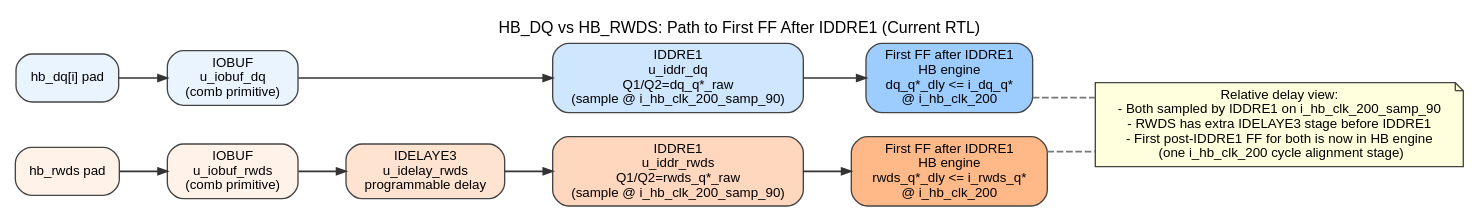
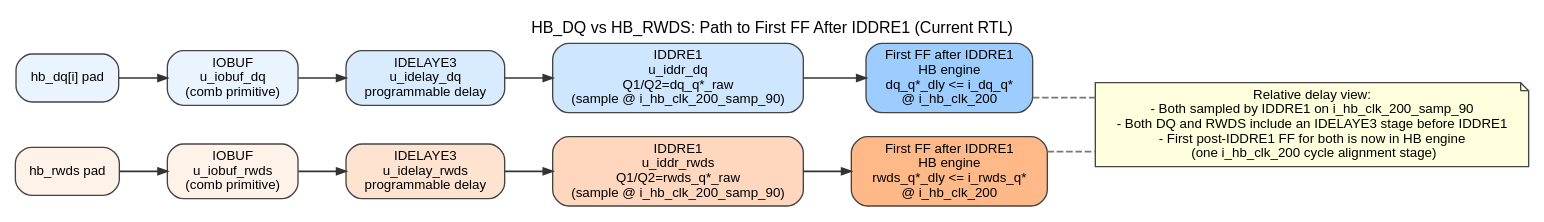
One commit to GhlHub/hyperbus_controller changed the diagram in doc/dot/hb_dq_rwds_to_first_ff_after_iddr.jpg.dot. Above: the diagram before and after it, drawn with Graphviz. The commit also changed 13 other files, not shown here.

```diff
--- a/doc/dot/hb_dq_rwds_to_first_ff_after_iddr.jpg.dot
+++ b/doc/dot/hb_dq_rwds_to_first_ff_after_iddr.jpg.dot
@@ -1,38 +1,39 @@
 // SPDX-FileCopyrightText: 2026 Glen Lowe
 // SPDX-License-Identifier: Apache-2.0
 digraph hb_post_iddr_current {
   rankdir=LR;
   splines=ortho;
   fontname="Helvetica";
   fontsize=12;
   labelloc=t;
   label="HB_DQ vs HB_RWDS: Path to First FF After IDDRE1 (Current RTL)";
 
   node [shape=box, style="rounded,filled", fontname="Helvetica", fontsize=10, color="#444444", fillcolor="#F8F8F8"];
   edge [color="#333333", arrowsize=0.7, penwidth=1.2, fontname="Helvetica", fontsize=9];
 
   // DQ path
   dq_pad    [label="hb_dq[i] pad", fillcolor="#EAF4FF"];
   dq_iobuf  [label="IOBUF\nu_iobuf_dq\n(comb primitive)", fillcolor="#EAF4FF"];
+  dq_idelay [label="IDELAYE3\nu_idelay_dq\nprogrammable delay", fillcolor="#D9ECFF"];
   dq_iddr   [label="IDDRE1\nu_iddr_dq\nQ1/Q2=dq_q*_raw\n(sample @ i_hb_clk_200_samp_90)", fillcolor="#CFE6FF"];
   dq_ff1    [label="First FF after IDDRE1\nHB engine\ndq_q*_dly <= i_dq_q*\n@ i_hb_clk_200", fillcolor="#9DCCFF"];
 
   // RWDS path
   rw_pad    [label="hb_rwds pad", fillcolor="#FFF2E8"];
   rw_iobuf  [label="IOBUF\nu_iobuf_rwds\n(comb primitive)", fillcolor="#FFF2E8"];
   rw_idelay [label="IDELAYE3\nu_idelay_rwds\nprogrammable delay", fillcolor="#FFE3D1"];
   rw_iddr   [label="IDDRE1\nu_iddr_rwds\nQ1/Q2=rwds_q*_raw\n(sample @ i_hb_clk_200_samp_90)", fillcolor="#FFD7BF"];
   rw_ff1    [label="First FF after IDDRE1\nHB engine\nrwds_q*_dly <= i_rwds_q*\n@ i_hb_clk_200", fillcolor="#FFB988"];
 
-  dq_pad -> dq_iobuf -> dq_iddr -> dq_ff1;
+  dq_pad -> dq_iobuf -> dq_idelay -> dq_iddr -> dq_ff1;
   rw_pad -> rw_iobuf -> rw_idelay -> rw_iddr -> rw_ff1;
 
   {rank=same; dq_pad; rw_pad}
   {rank=same; dq_iobuf; rw_iobuf}
   {rank=same; dq_iddr; rw_iddr}
   {rank=same; dq_ff1; rw_ff1}
 
-  note [shape=note, fillcolor="#FFFFDD", label="Relative delay view:\n- Both sampled by IDDRE1 on i_hb_clk_200_samp_90\n- RWDS has extra IDELAYE3 stage before IDDRE1\n- First post-IDDRE1 FF for both is now in HB engine\n  (one i_hb_clk_200 cycle alignment stage)"];
+  note [shape=note, fillcolor="#FFFFDD", label="Relative delay view:\n- Both sampled by IDDRE1 on i_hb_clk_200_samp_90\n- Both DQ and RWDS include an IDELAYE3 stage before IDDRE1\n- First post-IDDRE1 FF for both is now in HB engine\n  (one i_hb_clk_200 cycle alignment stage)"];
   dq_ff1 -> note [style=dashed, arrowhead=none, color="#777777"];
   rw_ff1 -> note [style=dashed, arrowhead=none, color="#777777"];
 }
```
